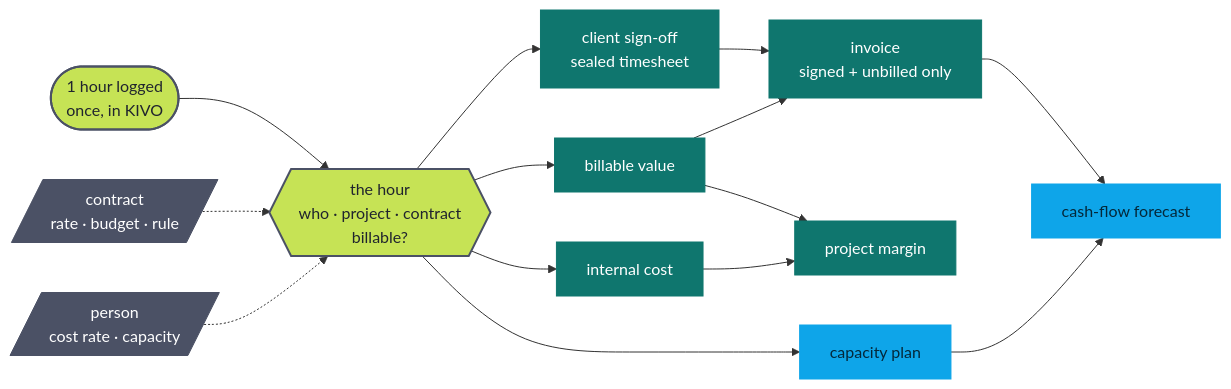
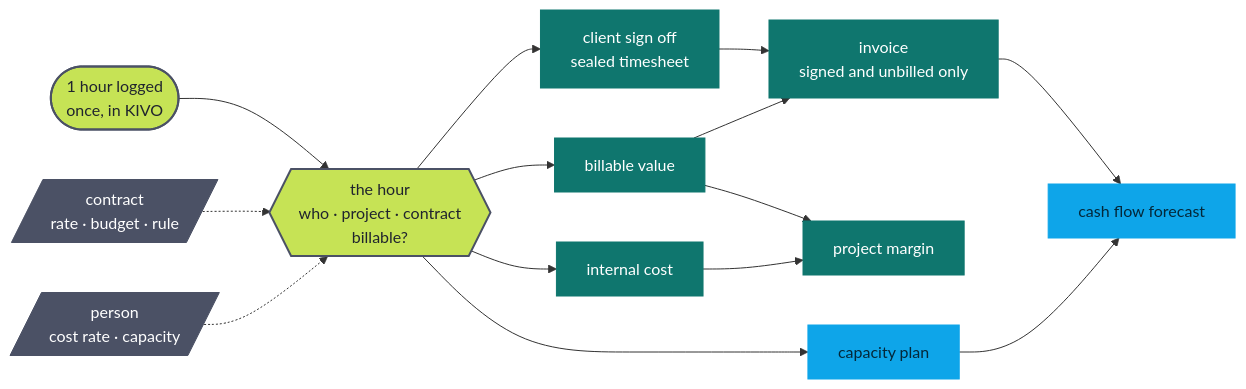
The first of 3 diagrams in README.md (YannickAaron/YannickAaron), drawn with Mermaid before and after one commit. The commit also changed other lines of this file and 1 other file, not shown here.

````diff
--- a/README.md
+++ b/README.md
@@ -31,27 +60,27 @@
 ```mermaid
 flowchart LR
   LOG(["1 hour logged<br/>once, in KIVO"]) --> HOUR{{"the hour<br/>who · project · contract<br/>billable?"}}
   CON[/"contract<br/>rate · budget · rule"/] -.-> HOUR
   EMP[/"person<br/>cost rate · capacity"/] -.-> HOUR
 
-  HOUR --> SIGN["client sign-off<br/>sealed timesheet"]
+  HOUR --> SIGN["client sign off<br/>sealed timesheet"]
   HOUR --> BILL["billable value"]
   HOUR --> COST["internal cost"]
   HOUR --> CAP["capacity plan"]
 
-  SIGN --> INV["invoice<br/>signed + unbilled only"]
+  SIGN --> INV["invoice<br/>signed and unbilled only"]
   BILL --> INV
   BILL --> MAR["project margin"]
   COST --> MAR
-  INV --> CASH["cash-flow forecast"]
+  INV --> CASH["cash flow forecast"]
   CAP --> CASH
 
   classDef born fill:#C6E355,stroke:#4B5165,stroke-width:2px,color:#20242E
   classDef core fill:#4B5165,stroke:#4B5165,color:#FFFFFF
   classDef money fill:#0F766E,stroke:#0F766E,color:#FFFFFF
   classDef plan fill:#0EA5E9,stroke:#0EA5E9,color:#04283A
   class LOG,HOUR born
   class CON,EMP core
   class SIGN,BILL,COST,INV,MAR money
   class CAP,CASH plan
 ```
````
